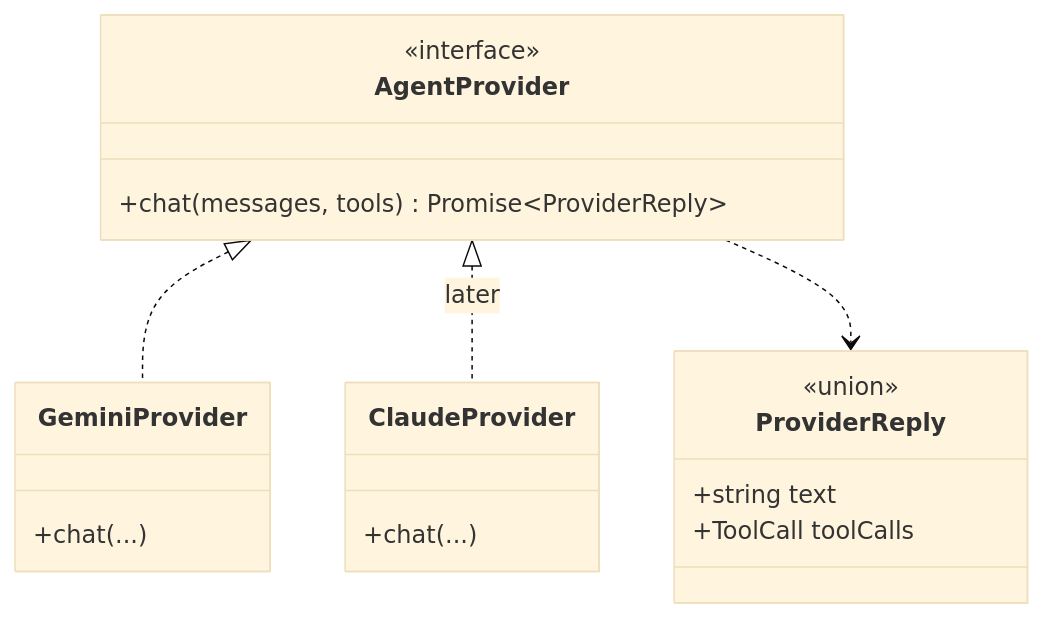
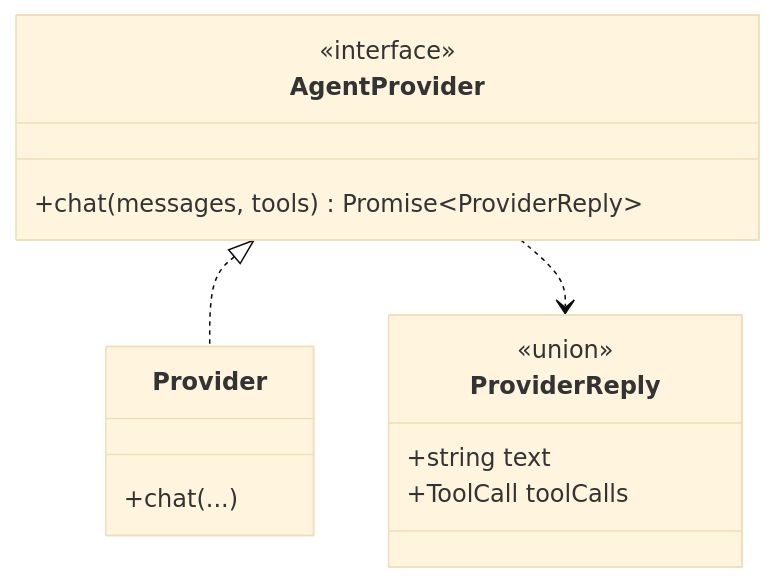
One commit to alden12/web-daw changed the fourth of 6 diagrams in docs/AGENT.md. Above: the diagram before and after it, drawn with Mermaid (base theme). The commit also changed other lines of this file and 12 other files, not shown here.

````diff
--- a/docs/AGENT.md
+++ b/docs/AGENT.md
@@ -193,21 +193,17 @@
 ```mermaid
 classDiagram
     class AgentProvider {
         <<interface>>
         +chat(messages, tools) Promise~ProviderReply~
     }
-    class GeminiProvider {
-        +chat(...) 
-    }
-    class ClaudeProvider {
+    class Provider {
         +chat(...)
     }
     class ProviderReply {
         <<union>>
         +string text
         +ToolCall toolCalls
     }
-    AgentProvider <|.. GeminiProvider
-    AgentProvider <|.. ClaudeProvider : later
+    AgentProvider <|.. Provider
     AgentProvider ..> ProviderReply
 ```
````
